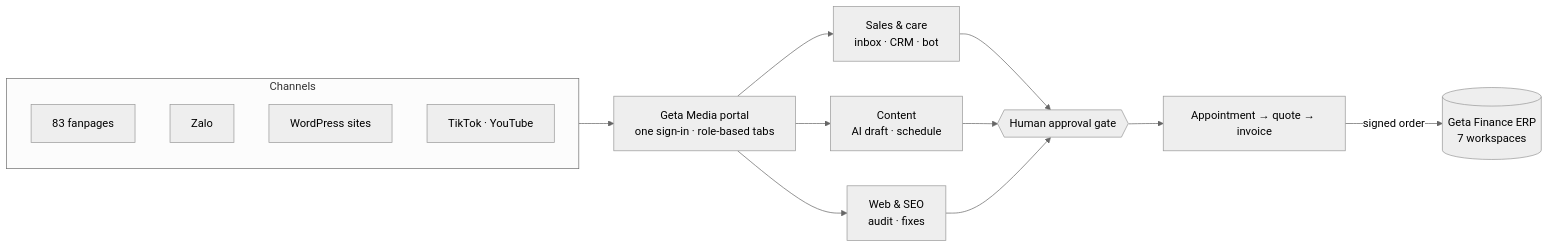
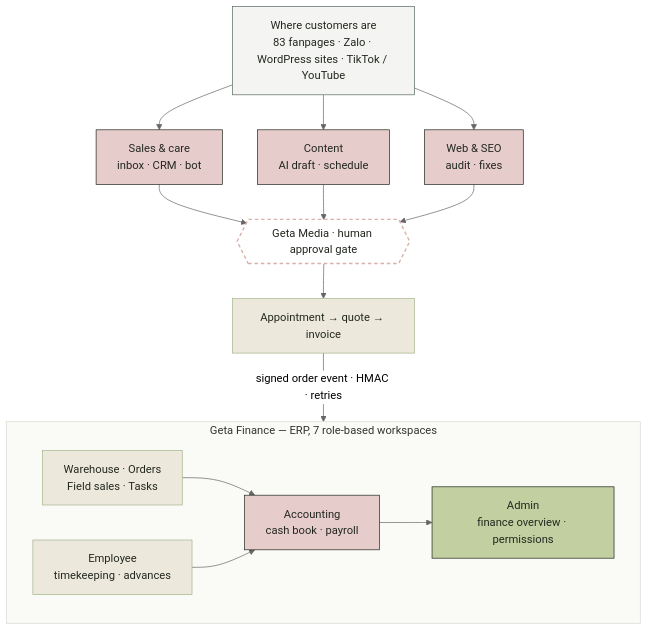
Before and after one commit to handao2303/handao2303: the second of 11 diagrams in README.md, drawn with Mermaid (neutral theme). The commit also changed other lines of this file, not shown here.

First line of the commit message:
Profile README: a diagram for every experience and project

````diff
--- a/README.md
+++ b/README.md
@@ -55,16 +73,26 @@
 ```mermaid
-flowchart LR
-    subgraph Channels
-      FB[83 fanpages]
-      ZL[Zalo]
-      WP[WordPress sites]
-      TT[TikTok · YouTube]
+flowchart TB
+    CH["Where customers are<br/>83 fanpages · Zalo · WordPress sites · TikTok / YouTube"]:::in
+    CH --> S["Sales & care<br/>inbox · CRM · bot"]:::hub
+    CH --> C["Content<br/>AI draft · schedule"]:::hub
+    CH --> W["Web & SEO<br/>audit · fixes"]:::hub
+    S & C & W --> G{{"Geta Media · human approval gate"}}:::gate
+    G --> O["Appointment → quote → invoice"]:::step
+    O -- "signed order event · HMAC · retries" --> ERP
+    subgraph ERP["Geta Finance — ERP, 7 role-based workspaces"]
+      direction LR
+      WH["Warehouse · Orders<br/>Field sales · Tasks"]:::step
+      HR["Employee<br/>timekeeping · advances"]:::step
+      AC["Accounting<br/>cash book · payroll"]:::hub
+      AD["Admin<br/>finance overview · permissions"]:::out
+      WH --> AC
+      HR --> AC
+      AC --> AD
     end
-    Channels --> P[Geta Media portal<br/>one sign-in · role-based tabs]
-    P --> S[Sales & care<br/>inbox · CRM · bot]
-    P --> C[Content<br/>AI draft · schedule]
-    P --> W[Web & SEO<br/>audit · fixes]
-    S & C & W --> G{{Human approval gate}}
-    G --> O[Appointment → quote → invoice]
-    O -- signed order --> ERP[(Geta Finance ERP<br/>7 workspaces)]
+    classDef in fill:#F4F5F2,stroke:#5A6A63,color:#23281F
+    classDef step fill:#EDE8DC,stroke:#A5B68D,color:#23281F
+    classDef hub fill:#E7CCCC,stroke:#23281F,color:#23281F
+    classDef out fill:#C1CFA1,stroke:#23281F,color:#23281F
+    classDef gate fill:#FFFFFF,stroke:#D9B1AB,stroke-width:2px,stroke-dasharray:5 4,color:#23281F
+    style ERP fill:#FAFAF7,stroke:#D6DCD5
 ```
````
